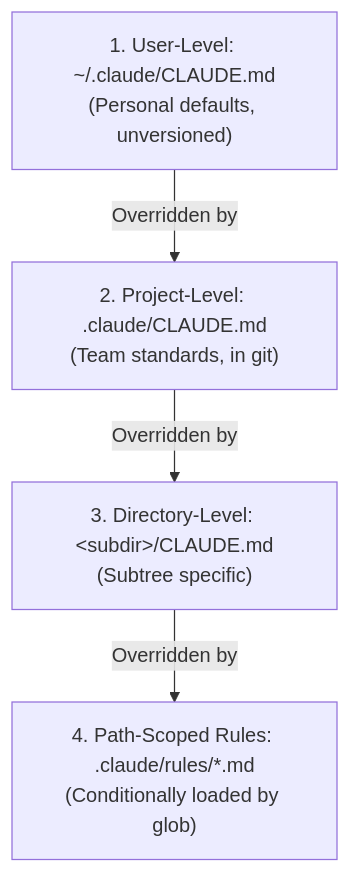
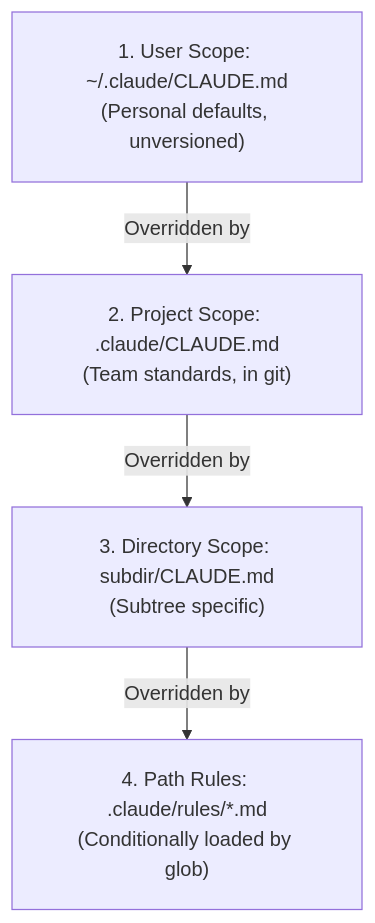
One commit to dip4k/claude_cert_architect_foundation_prep changed the second of 5 diagrams in domain3/KEY_CONCEPTS.md. Above: the diagram before and after it, drawn with Mermaid. The commit also changed other lines of this file and 31 other files, not shown here.

First line of the commit message:
docs(diagrams): fix text trimming, padding, and layout in all mermaid diagrams

````diff
--- a/domain3/KEY_CONCEPTS.md
+++ b/domain3/KEY_CONCEPTS.md
@@ -43,10 +44,11 @@
 ```mermaid
+%%{init: {"flowchart": {"htmlLabels": true, "padding": 20}}}%%
 flowchart TD
-    L1["1. User-Level: ~/.claude/CLAUDE.md<br/>(Personal defaults, unversioned)"]
-    L2["2. Project-Level: .claude/CLAUDE.md<br/>(Team standards, in git)"]
-    L3["3. Directory-Level: &lt;subdir&gt;/CLAUDE.md<br/>(Subtree specific)"]
-    L4["4. Path-Scoped Rules: .claude/rules/*.md<br/>(Conditionally loaded by glob)"]
+    L1["1. User Scope: ~/.claude/CLAUDE.md<br/>(Personal defaults, unversioned)"]
+    L2["2. Project Scope: .claude/CLAUDE.md<br/>(Team standards, in git)"]
+    L3["3. Directory Scope: subdir/CLAUDE.md<br/>(Subtree specific)"]
+    L4["4. Path Rules: .claude/rules/*.md<br/>(Conditionally loaded by glob)"]
     L1 -->|Overridden by| L2
     L2 -->|Overridden by| L3
     L3 -->|Overridden by| L4
 ```
````
